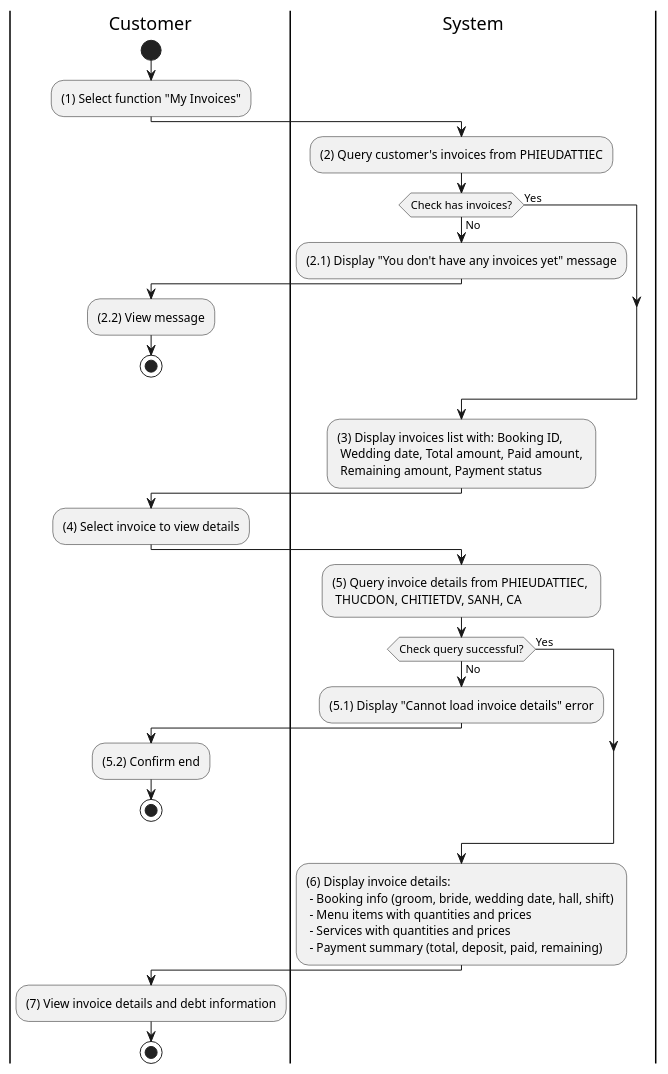
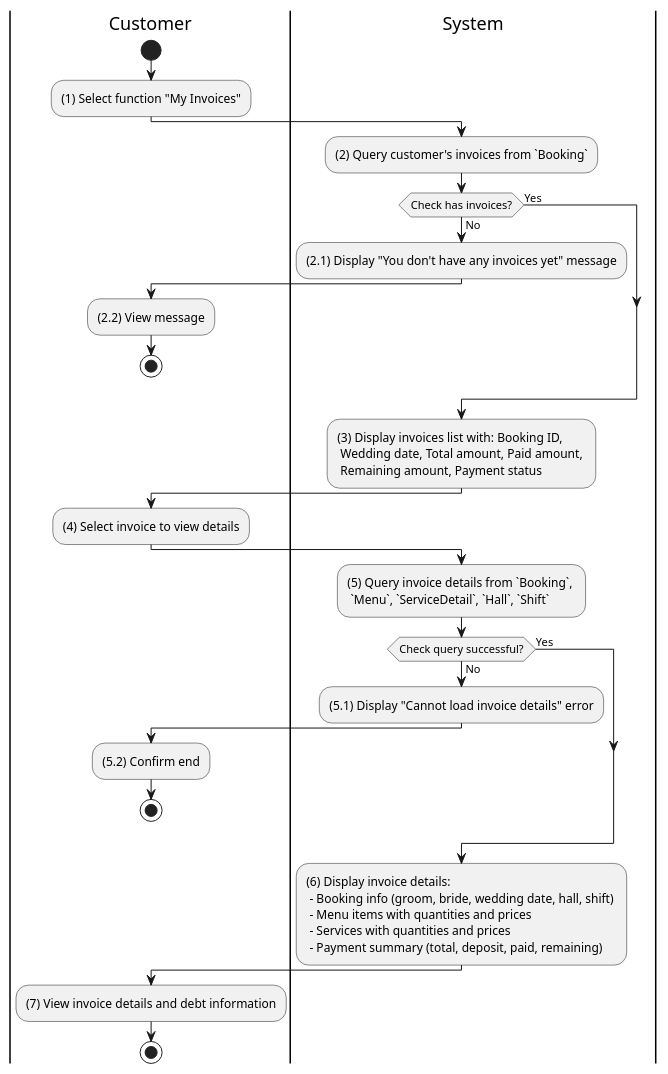
The diagram in docs/docs/activity for wedding management system/customer-payment/view-my-invoice-and-debt.md (se113-wm/se113-wm.github.io), drawn with PlantUML before and after one commit. The commit also changed 64 other files, not shown here.

````diff
--- a/docs/docs/activity for wedding management system/customer-payment/view-my-invoice-and-debt.md
+++ b/docs/docs/activity for wedding management system/customer-payment/view-my-invoice-and-debt.md
@@ -3,48 +3,48 @@
 ```plantuml
 @startuml
 |C|Customer
 |Sys|System
 
 |C|
 start
 
 :(1) Select function "My Invoices";
 
 |Sys|
-:(2) Query customer's invoices from PHIEUDATTIEC;
+:(2) Query customer's invoices from `Booking`;
 
 if (Check has invoices?) then (No)
 	:(2.1) Display "You don't have any invoices yet" message;
 	|C|
 	:(2.2) View message;
 	stop
 else (Yes)
 endif
 
 |Sys|
 :(3) Display invoices list with: Booking ID, \n Wedding date, Total amount, Paid amount, \n Remaining amount, Payment status;
 
 |C|
 :(4) Select invoice to view details;
 
 |Sys|
-:(5) Query invoice details from PHIEUDATTIEC, \n THUCDON, CHITIETDV, SANH, CA;
+:(5) Query invoice details from `Booking`, \n `Menu`, `ServiceDetail`, `Hall`, `Shift`;
 
 if (Check query successful?) then (No)
 	:(5.1) Display "Cannot load invoice details" error;
 	|C|
 	:(5.2) Confirm end;
 	stop
 else (Yes)
 endif
 
 |Sys|
 :(6) Display invoice details: \n - Booking info (groom, bride, wedding date, hall, shift) \n - Menu items with quantities and prices \n - Services with quantities and prices \n - Payment summary (total, deposit, paid, remaining);
 
 |C|
 :(7) View invoice details and debt information;
 
 stop
 
 @enduml
 ```
````
